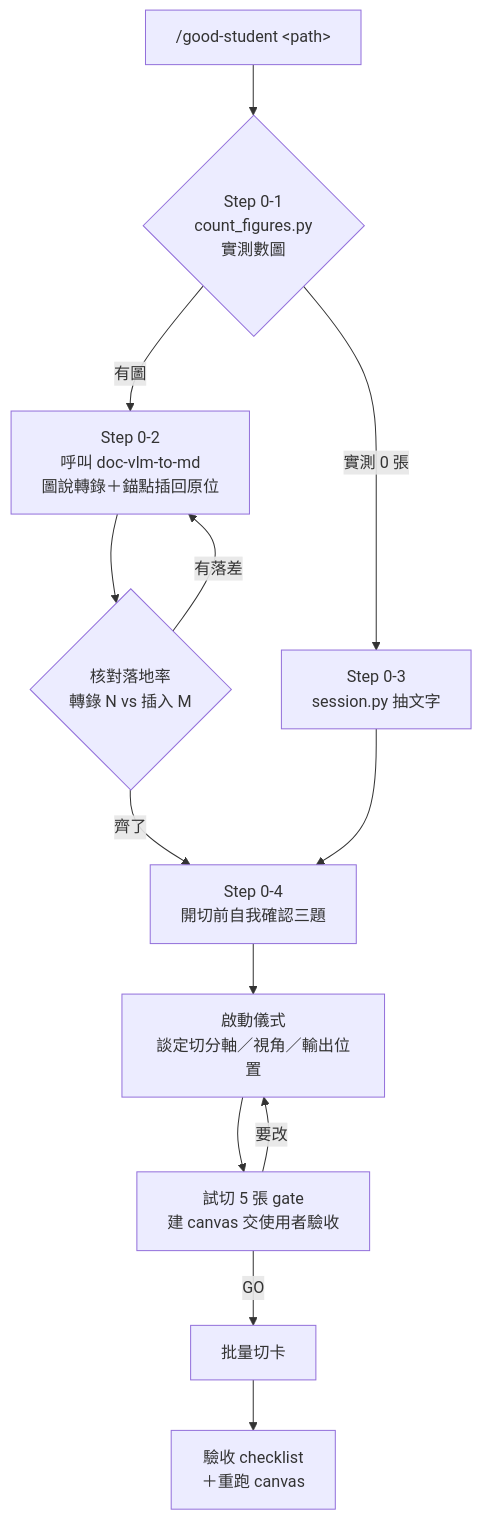
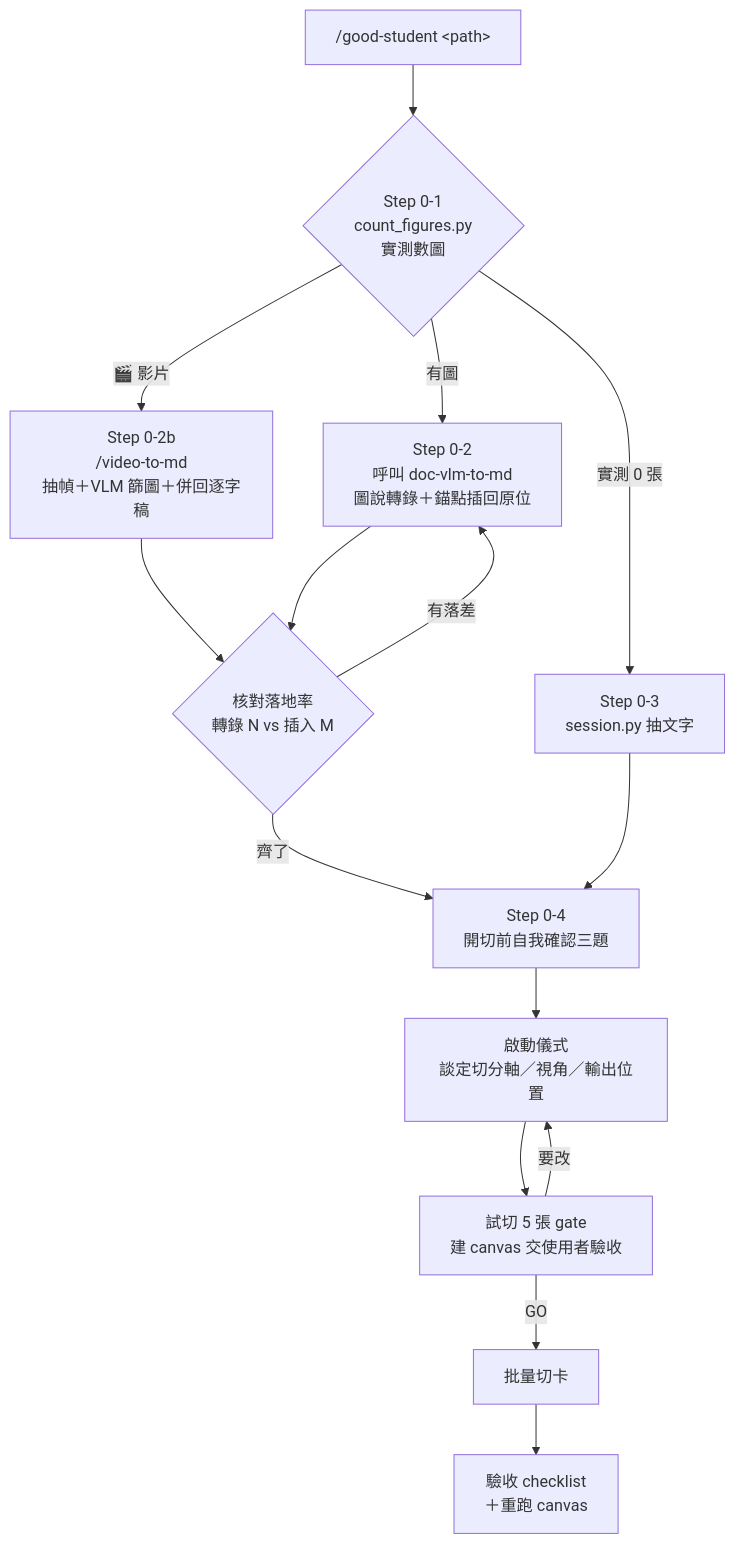
Before and after one commit to mm-xyz/good-students-note: the diagram in .claude/skills/good-student/SKILL.md, drawn with Mermaid. The commit also changed other lines of this file and 2 other files, not shown here.

````diff
--- a/.claude/skills/good-student/SKILL.md
+++ b/.claude/skills/good-student/SKILL.md
@@ -19,15 +19,17 @@
 ```mermaid
 flowchart TD
     A["/good-student &lt;path&gt;"] --> B{"Step 0-1<br/>count_figures.py<br/>實測數圖"}
     B -- "有圖" --> C["Step 0-2<br/>呼叫 doc-vlm-to-md<br/>圖說轉錄＋錨點插回原位"]
+    B -- "🎬 影片" --> C2["Step 0-2b<br/>/video-to-md<br/>抽幀＋VLM 篩圖＋併回逐字稿"]
     B -- "實測 0 張" --> D["Step 0-3<br/>session.py 抽文字"]
+    C2 --> E
     C --> E{"核對落地率<br/>轉錄 N vs 插入 M"}
     E -- "有落差" --> C
     E -- "齊了" --> F["Step 0-4<br/>開切前自我確認三題"]
     D --> F
     F --> G["啟動儀式<br/>談定切分軸／視角／輸出位置"]
     G --> H["試切 5 張 gate<br/>建 canvas 交使用者驗收"]
     H -- "GO" --> I["批量切卡"]
     H -- "要改" --> G
     I --> J["驗收 checklist<br/>＋重跑 canvas"]
 ```
````
